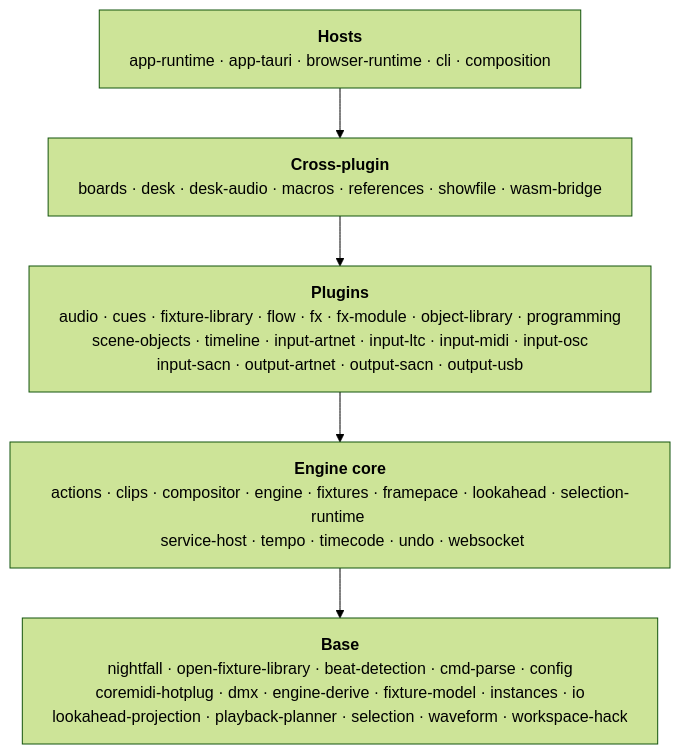
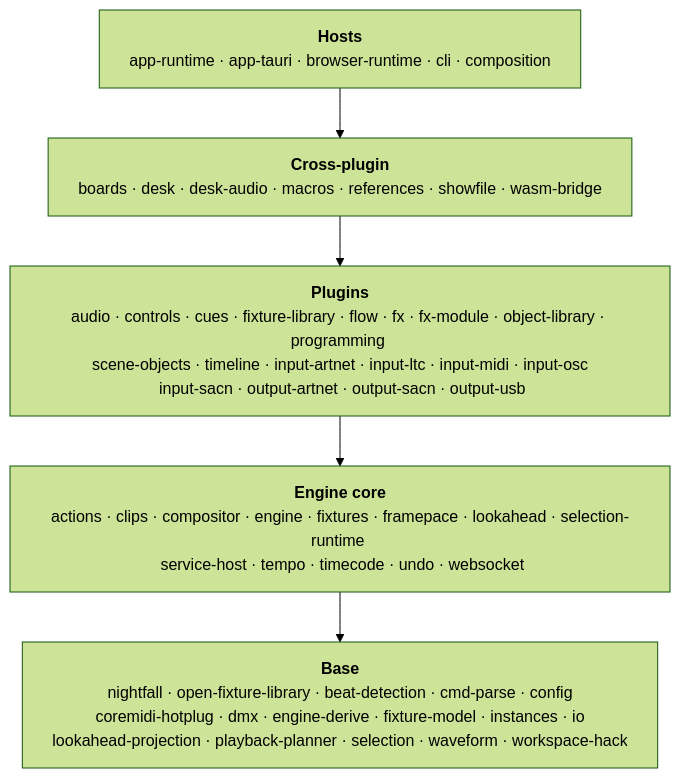
One commit to stewartadam/nightfall-lightdesk changed the diagram in docs/internal/src/architecture/crate-map.md. Above: the diagram before and after it, drawn with Mermaid (forest theme). The commit also changed other lines of this file and 59 other files, not shown here.

````diff
--- a/docs/internal/src/architecture/crate-map.md
+++ b/docs/internal/src/architecture/crate-map.md
@@ -13,16 +13,16 @@
 ```mermaid
 ---
 config:
   flowchart:
     wrappingWidth: 600
 ---
 flowchart TB
   accTitle: Crate layers, their crates, and allowed dependencies
   accDescr: Five layers from hosts down to base, each listing its crates. Each layer may depend on any layer below it. Plugin crates may not depend on other plugin crates.
   hosts["<b>Hosts</b><br/>app-runtime · app-tauri · browser-runtime · cli · composition"]
   crossPlugin["<b>Cross-plugin</b><br/>boards · desk · desk-audio · macros · references · showfile · wasm-bridge"]
-  plugins["<b>Plugins</b><br/>audio · cues · fixture-library · flow · fx · fx-module · object-library · programming <br/> scene-objects · timeline · input-artnet · input-ltc · input-midi · input-osc <br /> input-sacn · output-artnet · output-sacn · output-usb"]
+  plugins["<b>Plugins</b><br/>audio · controls · cues · fixture-library · flow · fx · fx-module · object-library · programming <br/> scene-objects · timeline · input-artnet · input-ltc · input-midi · input-osc <br /> input-sacn · output-artnet · output-sacn · output-usb"]
   engineCore["<b>Engine core</b><br/>actions · clips · compositor · engine · fixtures · framepace · lookahead · selection-runtime <br /> service-host · tempo · timecode · undo · websocket"]
   base["<b>Base</b><br/>nightfall · open-fixture-library · beat-detection · cmd-parse · config <br /> coremidi-hotplug · dmx · engine-derive · fixture-model · instances · io <br /> lookahead-projection · playback-planner · selection · waveform · workspace-hack"]
   hosts --> crossPlugin --> plugins --> engineCore --> base
 ```
````
